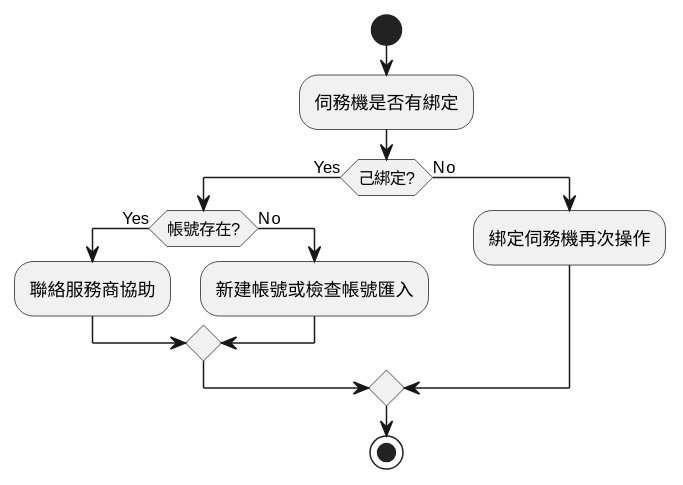
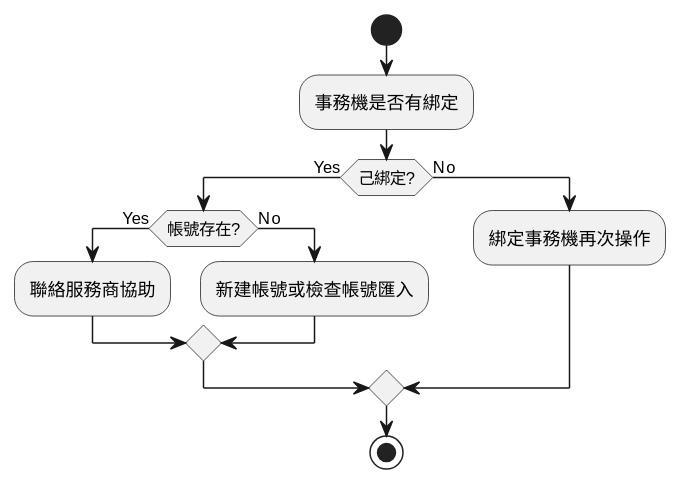
One commit to FrancoLiuDev/powermoat_doc changed the diagram in root/異常處理/人員無法登入.md. Above: the diagram before and after it, drawn with PlantUML. The commit also changed other lines of this file and 8 other files, not shown here.

````diff
--- a/root/異常處理/人員無法登入.md
+++ b/root/異常處理/人員無法登入.md
@@ -6,19 +6,19 @@
 ```plantuml
 @startuml
 start
-:伺務機是否有綁定;
+:事務機是否有綁定;
 /' 檢查使用者帳號 '/
 if (己綁定?) then (Yes)
     if (帳號存在?) then (Yes)
         :聯絡服務商協助;
     else (No)
         :新建帳號或檢查帳號匯入;
     endif 
 else (No)
-  :綁定伺務機再次操作;
+  :綁定事務機再次操作;
 endif
 
 
 stop
 @enduml
 ```
````
